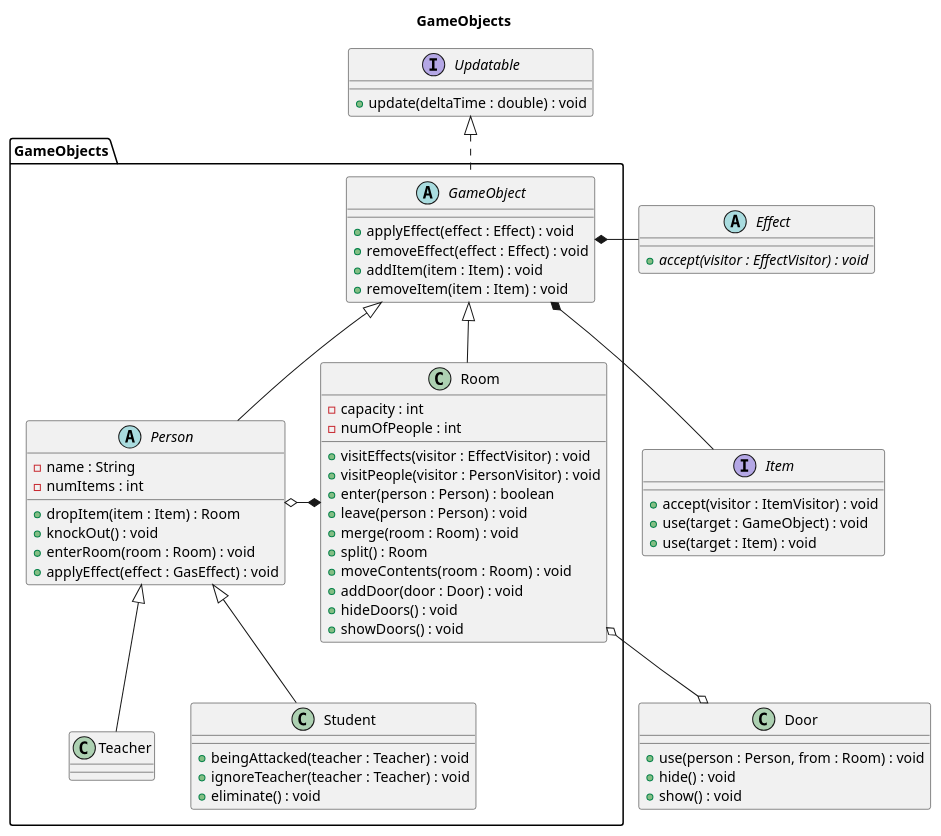
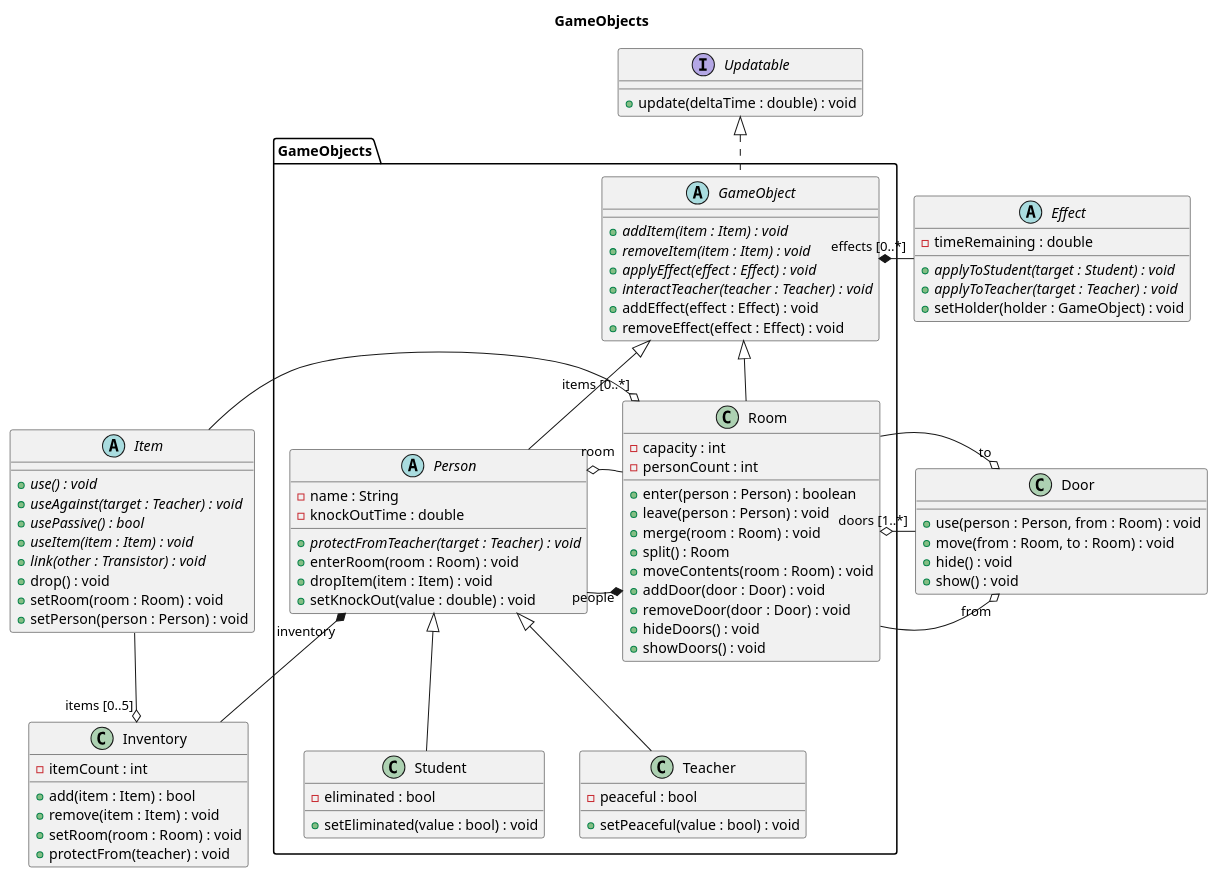
One commit to sn4k3ch4rm3r/logarlec changed the diagram in docs/diagrams/class/game-objects.puml. Above: the diagram before and after it, drawn with PlantUML. The commit also changed 2 other files, not shown here.

Commit message:
Split class diagram

```diff
--- a/docs/diagrams/class/game-objects.puml
+++ b/docs/diagrams/class/game-objects.puml
@@ -1,76 +1,103 @@
 @startuml game-objects
 
 title GameObjects
-' left to right direction
+
 package GameObjects {
 	abstract GameObject {
-		+ applyEffect(effect : Effect) : void
+		+ {abstract} addItem(item : Item) : void
+		+ {abstract} removeItem(item : Item) : void
+		+ {abstract} applyEffect(effect : Effect) : void
+		+ {abstract} interactTeacher(teacher : Teacher) : void
+		+ addEffect(effect : Effect) : void
 		+ removeEffect(effect : Effect) : void
-		+ addItem(item : Item) : void
-		+ removeItem(item : Item) : void
 	}
 
 	abstract Person {
 		- name : String
-		- numItems : int
-		+ dropItem(item : Item) : Room
-		+ knockOut() : void
+		- knockOutTime : double
+		+ {abstract} protectFromTeacher(target : Teacher) : void
 		+ enterRoom(room : Room) : void
-		+ applyEffect(effect : GasEffect) : void
+		+ dropItem(item : Item) : void
+		+ setKnockOut(value : double) : void
 	}
 
 	class Student {
-		+ beingAttacked(teacher : Teacher) : void
-		+ ignoreTeacher(teacher : Teacher) : void
-		+ eliminate() : void
+		- eliminated : bool
+		+ setEliminated(value : bool) : void
 	}
-	class Teacher
+	class Teacher {
+		- peaceful : bool
+		+ setPeaceful(value : bool) : void
+	}
 
 	class Room {
 		- capacity : int
-		- numOfPeople : int
-		+ visitEffects(visitor : EffectVisitor) : void
-		+ visitPeople(visitor : PersonVisitor) : void
+		- personCount : int
 		+ enter(person : Person) : boolean
 		+ leave(person : Person) : void
 		+ merge(room : Room) : void
 		+ split() : Room
 		+ moveContents(room : Room) : void
 		+ addDoor(door : Door) : void
+		+ removeDoor(door : Door) : void 
 		+ hideDoors() : void
 		+ showDoors() : void
 	}
+	
 }
 
 interface Updatable {
 	+ update(deltaTime : double) : void
 }
-interface Item {
-	+ accept(visitor : ItemVisitor) : void
-	+ use(target : GameObject) : void
-	+ use(target : Item) : void
-}
-abstract Effect {
-	{abstract} + accept(visitor : EffectVisitor) : void
-}
 
 class Door {
 	+ use(person : Person, from : Room) : void
+	+ move(from : Room, to : Room) : void
 	+ hide() : void
 	+ show() : void
+}
+
+class Inventory {
+	- itemCount : int
+	+ add(item : Item) : bool
+	+ remove(item : Item) : void
+	+ setRoom(room : Room) : void
+	+ protectFrom(teacher) : void
+}
+
+abstract Effect {
+	- timeRemaining : double
+	+ {abstract} applyToStudent(target : Student) : void
+	+ {abstract} applyToTeacher(target : Teacher) : void
+	+ setHolder(holder : GameObject) : void
+}
+
+abstract Item {
+	+ {abstract} use() : void
+	+ {abstract} useAgainst(target : Teacher) : void
+	+ {abstract} usePassive() : bool
+	+ {abstract} useItem(item : Item) : void
+	+ {abstract} link(other : Transistor) : void
+	+ drop() : void
+	+ setRoom(room : Room) : void
+	+ setPerson(person : Person) : void	
 }
 
 Updatable <|.- GameObject
 GameObject <|-- Person
 GameObject <|-- Room
 Person <|-- Teacher
 Person <|-- Student
 
+Room "people" *-left- Person
+Person "room" o-right- Room
+Room "doors [1..*]" o-- Door
+Person "inventory" *-- Inventory
+Room "items [0..*]" o- Item
+GameObject "effects [0..*]" *-left- Effect
 
-GameObject *- Effect
-GameObject *-- Item
-
-Room *-o Person
-Room o--o Door
+Door "from" o- Room
+Door "to" o- Room
+Inventory "items [0..5]" o-up- Item
 
 @enduml
```
